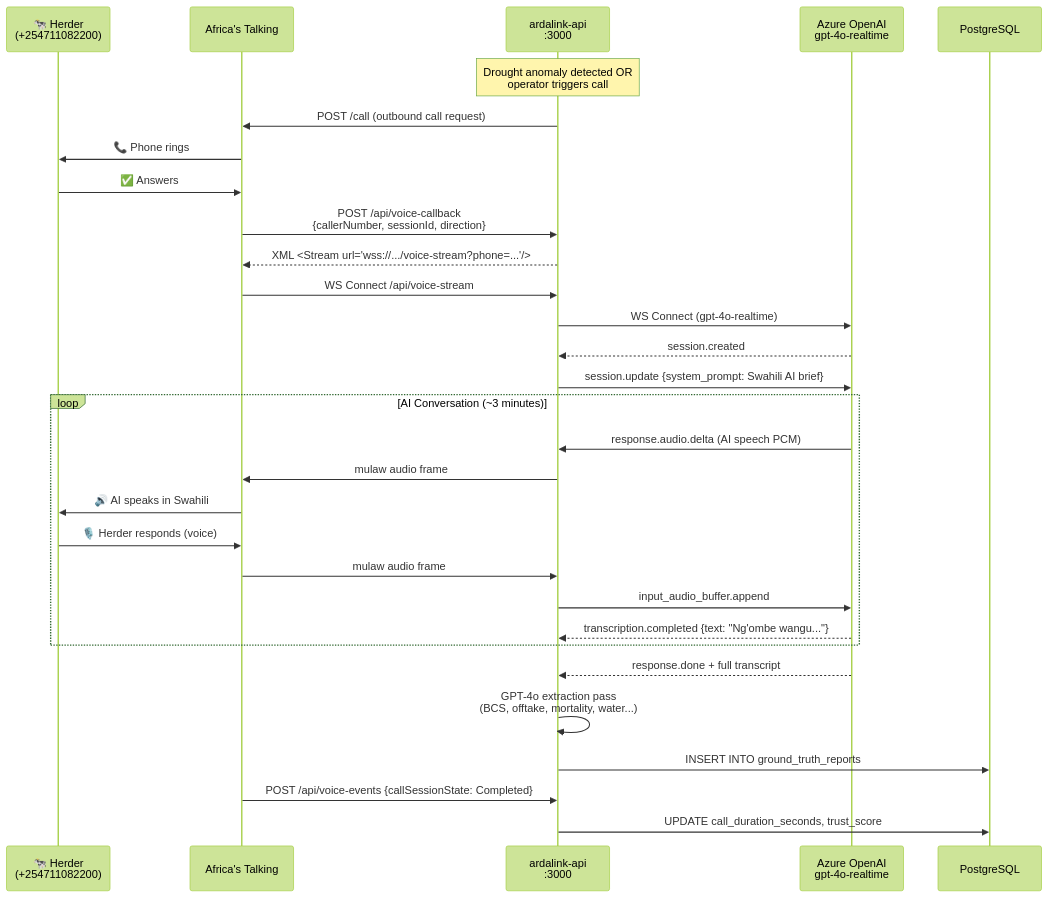
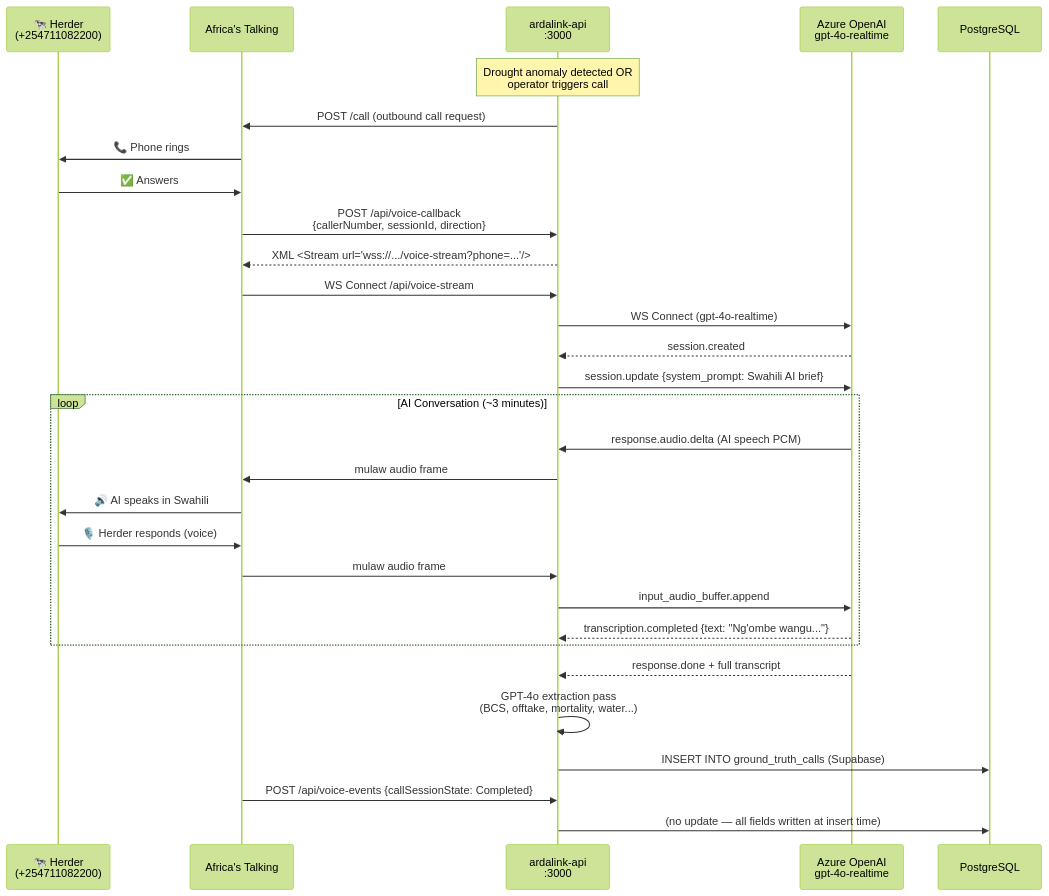
The first of 3 diagrams in Arda-link-AI-Docs/voice.md (JHUB-AFRICA/arda-link-ai), drawn with Mermaid (forest theme) before and after one commit. The commit also changed other lines of this file and 10 other files, not shown here.

First line of the commit message:
docs: refresh architecture docs with WhatsApp channel + Meta API blocker

````diff
--- a/Arda-link-AI-Docs/voice.md
+++ b/Arda-link-AI-Docs/voice.md
@@ -22,35 +22,35 @@
 ```mermaid
 sequenceDiagram
     participant Herder as 🐄 Herder<br/>(+254711082200)
     participant AT as Africa's Talking
     participant API as ardalink-api<br/>:3000
     participant Azure as Azure OpenAI<br/>gpt-4o-realtime
     participant DB as PostgreSQL
 
     Note over API: Drought anomaly detected OR<br/>operator triggers call
     API->>AT: POST /call (outbound call request)
     AT->>Herder: 📞 Phone rings
     Herder->>AT: ✅ Answers
     AT->>API: POST /api/voice-callback<br/>{callerNumber, sessionId, direction}
     API-->>AT: XML <Stream url="wss://.../voice-stream?phone=..."/>
     AT->>API: WS Connect /api/voice-stream
     API->>Azure: WS Connect (gpt-4o-realtime)
     Azure-->>API: session.created
     API->>Azure: session.update {system_prompt: Swahili AI brief}
 
     loop AI Conversation (~3 minutes)
         Azure->>API: response.audio.delta (AI speech PCM)
         API->>AT: mulaw audio frame
         AT->>Herder: 🔊 AI speaks in Swahili
         Herder->>AT: 🎙️ Herder responds (voice)
         AT->>API: mulaw audio frame
         API->>Azure: input_audio_buffer.append
         Azure-->>API: transcription.completed {text: "Ng'ombe wangu..."}
     end
 
     Azure-->>API: response.done + full transcript
     API->>API: GPT-4o extraction pass<br/>(BCS, offtake, mortality, water...)
-    API->>DB: INSERT INTO ground_truth_reports
+    API->>DB: INSERT INTO ground_truth_calls (Supabase)
     AT->>API: POST /api/voice-events {callSessionState: Completed}
-    API->>DB: UPDATE call_duration_seconds, trust_score
+    API->>DB: (no update — all fields written at insert time)
 ```
````
